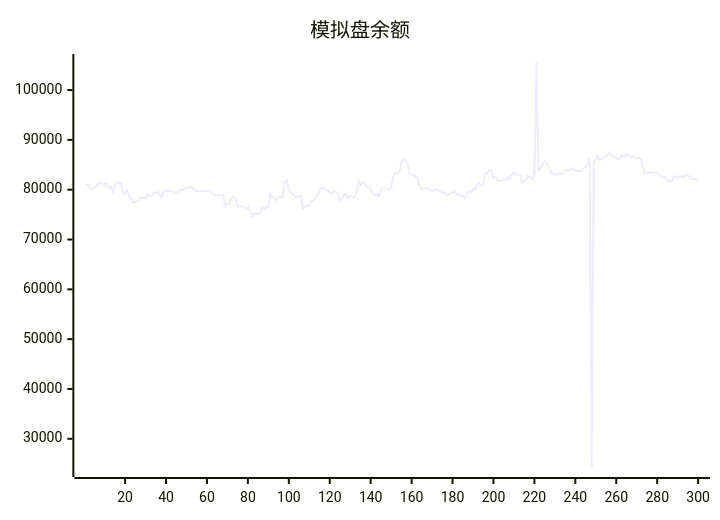
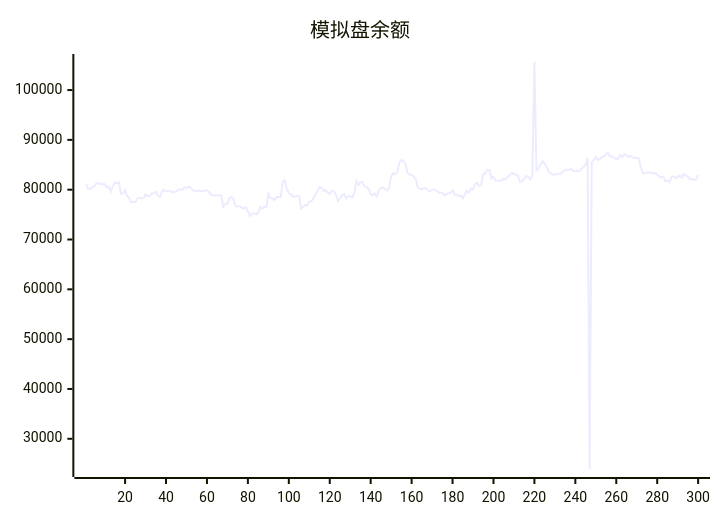
Before and after one commit to aahl/ai-trading: the diagram in README.md, drawn with Mermaid. The commit also changed other lines of this file and 1 other file, not shown here.

````diff
--- a/README.md
+++ b/README.md
@@ -5,5 +5,5 @@
 ```mermaid
 xychart
     title "模拟盘余额"
-    line [80989,81067,80191,80155,80450,80737,81309,81309,81106,81119,81119,80471,80631,79624,80670,81448,81290,81429,79212,79222,79940,78643,78380,77432,77623,77504,78235,78358,78284,78277,79048,78714,78714,79290,79308,79567,78763,78563,79603,79988,79652,79813,79813,79476,79469,79673,79995,80015,80015,80486,80314,80600,80436,79966,79689,79689,79819,79692,79692,79850,79850,79518,79071,78889,78850,78850,78878,78878,76554,77202,77103,78357,78510,78106,76678,76677,76672,76411,76159,76485,75656,74695,75197,75246,75052,75334,76564,76179,76553,76551,79196,78300,78300,77944,78531,78531,78521,81564,81884,80160,79335,79055,78675,78580,78708,78764,76179,76586,76902,76876,77658,77669,78346,79023,79769,80497,80366,79761,79896,79448,79126,79749,79658,79097,77695,78114,78888,79126,78249,78738,78653,78478,79271,81680,80923,81488,81527,80681,80455,80190,79084,78879,79193,78686,79954,80403,80374,80118,79848,80491,82665,83351,83098,83525,85430,85983,85737,85221,83378,83014,83043,82613,82216,80477,80208,80081,80348,80277,79894,79670,79965,80093,79786,79542,79406,79371,78893,79087,79304,79406,79841,79072,78978,78696,78846,78272,79085,79787,79442,80198,80031,81120,81379,80718,80985,83214,83212,83993,83921,82270,82547,81776,81776,81866,81866,82158,82061,82596,83000,83408,83041,83050,82858,81503,81691,82188,82812,82517,82092,82901,105633,83898,84180,85030,85781,85178,84604,83569,83298,83008,83093,83107,83175,83228,83729,84025,84017,84019,84177,83775,83762,83785,83738,84160,84639,84939,86370,23934,85548,86046,86599,85942,86161,86622,86664,87115,87369,86666,86685,86384,86152,86243,86969,86548,87164,86885,86566,86809,86427,86348,86417,86273,84538,83299,83369,83430,83490,83404,83270,83362,83056,82605,82459,82614,81734,81788,81551,82598,82702,82320,82580,82878,82426,83139,82778,82686,82056,82166,81963,82110]
+    line [81067,80191,80155,80450,80737,81309,81309,81106,81119,81119,80471,80631,79624,80670,81448,81290,81429,79212,79222,79940,78643,78380,77432,77623,77504,78235,78358,78284,78277,79048,78714,78714,79290,79308,79567,78763,78563,79603,79988,79652,79813,79813,79476,79469,79673,79995,80015,80015,80486,80314,80600,80436,79966,79689,79689,79819,79692,79692,79850,79850,79518,79071,78889,78850,78850,78878,78878,76554,77202,77103,78357,78510,78106,76678,76677,76672,76411,76159,76485,75656,74695,75197,75246,75052,75334,76564,76179,76553,76551,79196,78300,78300,77944,78531,78531,78521,81564,81884,80160,79335,79055,78675,78580,78708,78764,76179,76586,76902,76876,77658,77669,78346,79023,79769,80497,80366,79761,79896,79448,79126,79749,79658,79097,77695,78114,78888,79126,78249,78738,78653,78478,79271,81680,80923,81488,81527,80681,80455,80190,79084,78879,79193,78686,79954,80403,80374,80118,79848,80491,82665,83351,83098,83525,85430,85983,85737,85221,83378,83014,83043,82613,82216,80477,80208,80081,80348,80277,79894,79670,79965,80093,79786,79542,79406,79371,78893,79087,79304,79406,79841,79072,78978,78696,78846,78272,79085,79787,79442,80198,80031,81120,81379,80718,80985,83214,83212,83993,83921,82270,82547,81776,81776,81866,81866,82158,82061,82596,83000,83408,83041,83050,82858,81503,81691,82188,82812,82517,82092,82901,105633,83898,84180,85030,85781,85178,84604,83569,83298,83008,83093,83107,83175,83228,83729,84025,84017,84019,84177,83775,83762,83785,83738,84160,84639,84939,86370,23934,85548,86046,86599,85942,86161,86622,86664,87115,87369,86666,86685,86384,86152,86243,86969,86548,87164,86885,86566,86809,86427,86348,86417,86273,84538,83299,83369,83430,83490,83404,83270,83362,83056,82605,82459,82614,81734,81788,81551,82598,82702,82320,82580,82878,82426,83139,82778,82686,82056,82166,81963,82110,82951]
 ```
````
